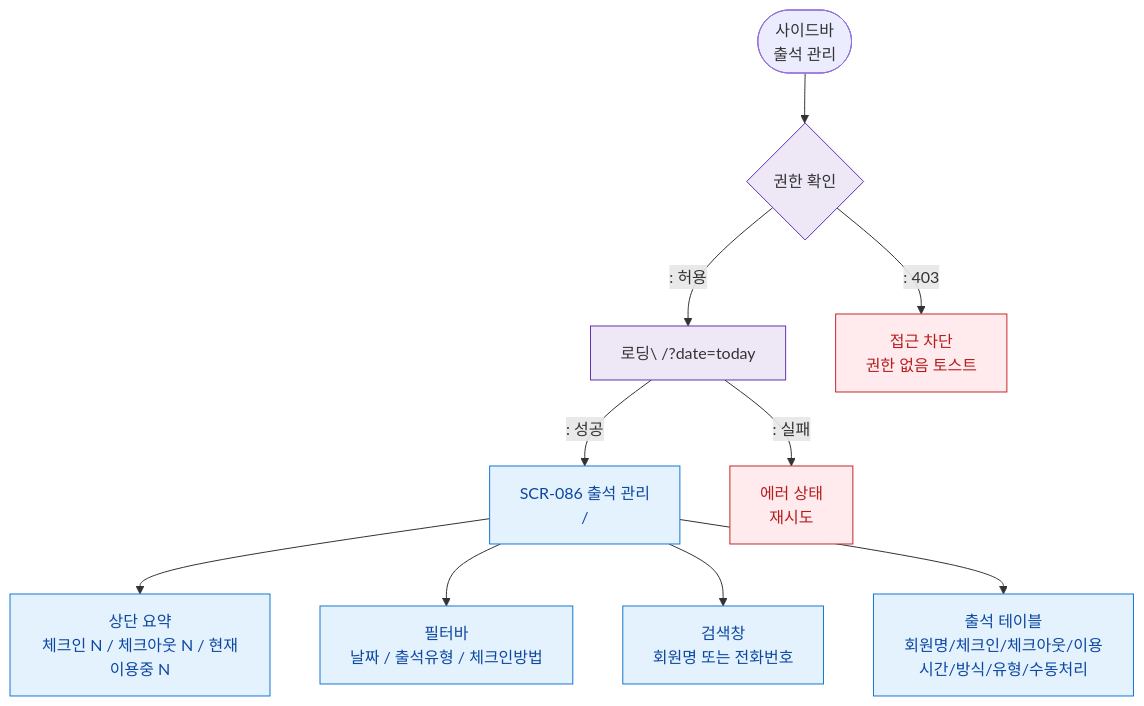
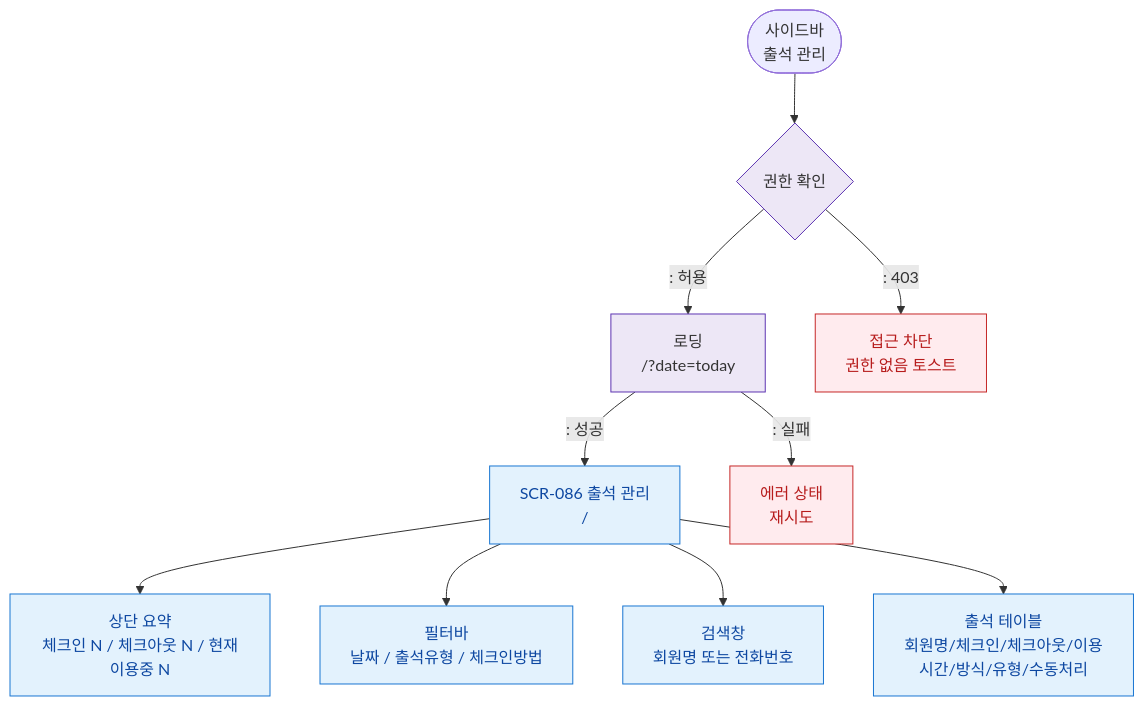
Before and after one commit to dev-spogym/admin-pando: the diagram in docs/admin/다이어그램/D09_설정관리/SCR-086_출석관리_회원/F1_진입.md, drawn with Mermaid. The commit also changed 369 other files, not shown here.

````diff
--- a/docs/admin/다이어그램/D09_설정관리/SCR-086_출석관리_회원/F1_진입.md
+++ b/docs/admin/다이어그램/D09_설정관리/SCR-086_출석관리_회원/F1_진입.md
@@ -12,22 +12,22 @@
 ```mermaid
 flowchart TD
     Sidebar([사이드바\n출석 관리]) --> Auth{권한 확인}
-    Auth -->|": 허용"|Loading[로딩\ /?date=today]
+    Auth -->|": 허용"|Loading[로딩<br/> /?date=today]
     Auth -->|": 403"|Blocked[접근 차단\n권한 없음 토스트]
 
     Loading -->|": 성공"|SCR086[SCR-086 출석 관리\n/]
     Loading -->|": 실패"|ErrorState[에러 상태\n재시도]
 
     SCR086 --> Summary[상단 요약\n체크인 N / 체크아웃 N / 현재이용중 N]
     SCR086 --> FilterBar[필터바\n날짜 / 출석유형 / 체크인방법]
     SCR086 --> SearchBar[검색창\n회원명 또는 전화번호]
     SCR086 --> AttendanceTable[출석 테이블\n회원명/체크인/체크아웃/이용시간/방식/유형/수동처리]
 
     classDef screen fill:#E3F2FD,stroke:#1976D2,color:#0D47A1
     classDef error fill:#FFEBEE,stroke:#C62828,color:#B71C1C
     classDef system fill:#EDE7F6,stroke:#5E35B2
     classDef rbacBlocked fill:#F5F5F5,stroke:#9E9E9E,color:#616161
     class SCR086,Summary,FilterBar,SearchBar,AttendanceTable screen
     class ErrorState,Blocked error
     class Loading,Auth system
 ```
````
